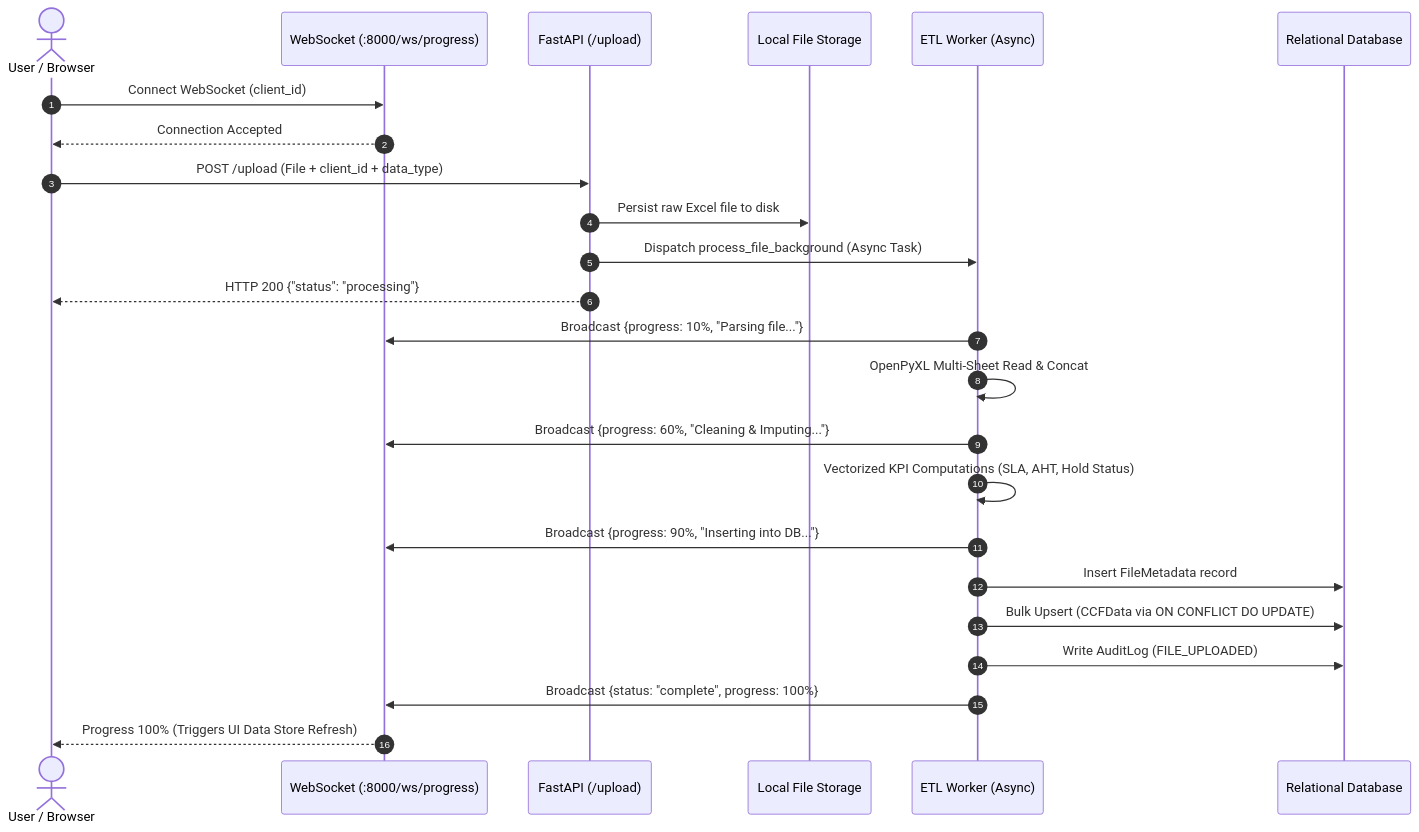
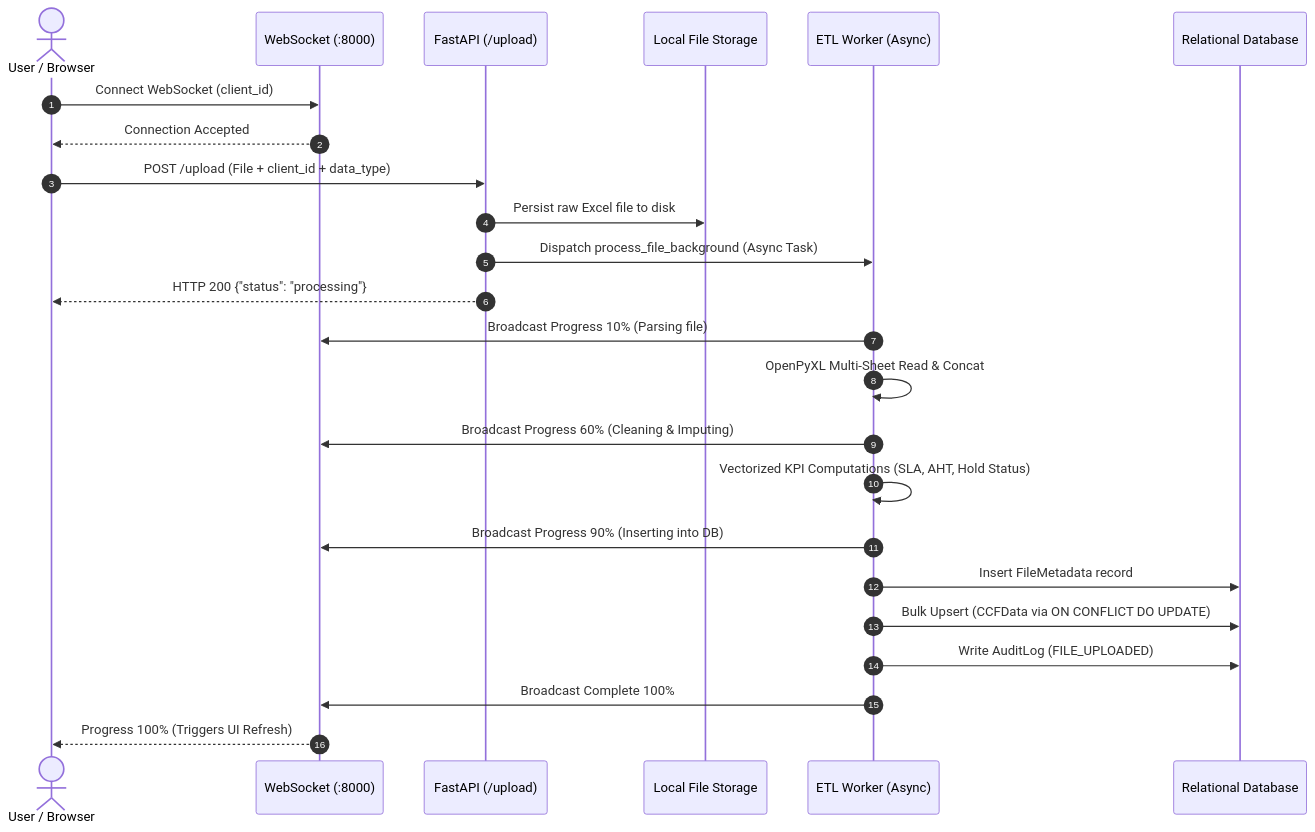
Before and after one commit to IDKHowToCodeFR/uidai-dashboard: the fourth of 6 diagrams in ARCHITECTURE.md, drawn with Mermaid. The commit also changed other lines of this file and 14 other files, not shown here.

````diff
--- a/ARCHITECTURE.md
+++ b/ARCHITECTURE.md
@@ -161,28 +160,28 @@
 ```mermaid
 sequenceDiagram
     autonumber
     actor Client as User / Browser
-    participant WS as WebSocket (:8000/ws/progress)
+    participant WS as WebSocket (:8000)
     participant API as FastAPI (/upload)
     participant Disk as Local File Storage
     participant ETL as ETL Worker (Async)
     participant DB as Relational Database
 
     Client->>WS: Connect WebSocket (client_id)
     WS-->>Client: Connection Accepted
     Client->>API: POST /upload (File + client_id + data_type)
     API->>Disk: Persist raw Excel file to disk
     API->>ETL: Dispatch process_file_background (Async Task)
     API-->>Client: HTTP 200 {"status": "processing"}
 
-    ETL->>WS: Broadcast {progress: 10%, "Parsing file..."}
+    ETL->>WS: Broadcast Progress 10% (Parsing file)
     ETL->>ETL: OpenPyXL Multi-Sheet Read & Concat
-    ETL->>WS: Broadcast {progress: 60%, "Cleaning & Imputing..."}
+    ETL->>WS: Broadcast Progress 60% (Cleaning & Imputing)
     ETL->>ETL: Vectorized KPI Computations (SLA, AHT, Hold Status)
-    ETL->>WS: Broadcast {progress: 90%, "Inserting into DB..."}
+    ETL->>WS: Broadcast Progress 90% (Inserting into DB)
     ETL->>DB: Insert FileMetadata record
     ETL->>DB: Bulk Upsert (CCFData via ON CONFLICT DO UPDATE)
     ETL->>DB: Write AuditLog (FILE_UPLOADED)
-    ETL->>WS: Broadcast {status: "complete", progress: 100%}
-    WS-->>Client: Progress 100% (Triggers UI Data Store Refresh)
+    ETL->>WS: Broadcast Complete 100%
+    WS-->>Client: Progress 100% (Triggers UI Refresh)
 ```
````
